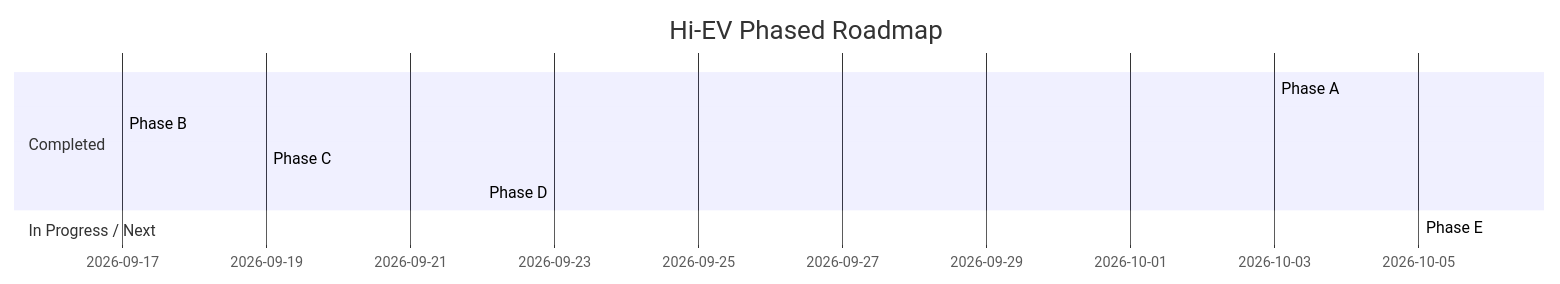
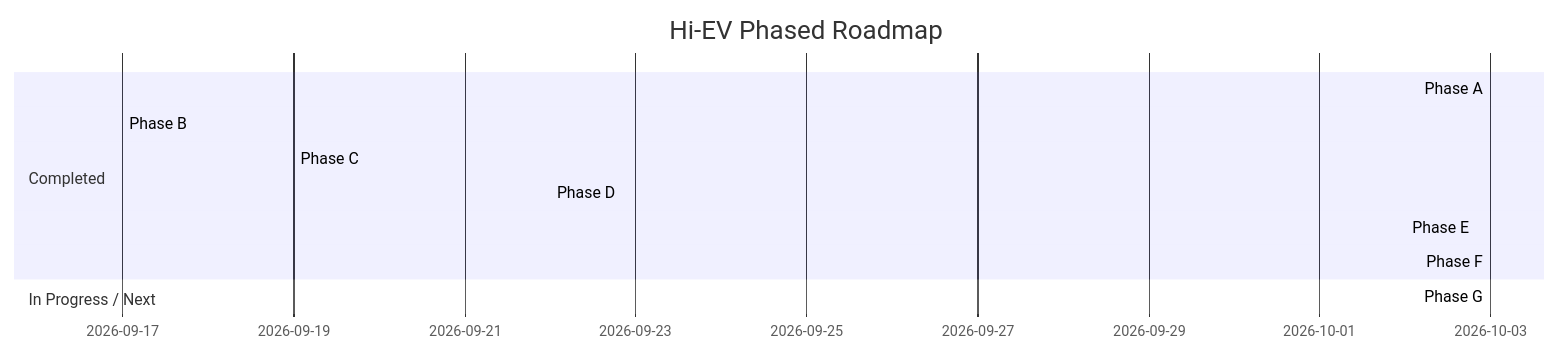
Before and after one commit to satyamdas03/Hi-EV: the ninth of 10 diagrams in docs/superpowers/architecture/hi-ev-end-to-end-architecture.md, drawn with Mermaid. The commit also changed other lines of this file and 37 other files, not shown here.

````diff
--- a/docs/superpowers/architecture/hi-ev-end-to-end-architecture.md
+++ b/docs/superpowers/architecture/hi-ev-end-to-end-architecture.md
@@ -390,12 +472,14 @@
 ```mermaid
 gantt
     title Hi-EV Phased Roadmap
     dateFormat 2026-09-01
     section Completed
     Phase A :done, a, 2026-09-01, 2026-09-17
     Phase B :done, b, 2026-09-17, 2026-09-19
     Phase C :done, c, 2026-09-19, 2026-09-22
-    Phase D :done, d, 2026-09-22, 2026-10-06
+    Phase D :done, d, 2026-09-22, 2026-10-02
+    Phase E :done, e, 2026-10-02, 2026-10-03
+    Phase F :done, f, 2026-10-03, 2026-10-03
     section In Progress / Next
-    Phase E :active, e, 2026-10-06, 2026-11-24
+    Phase G :active, g, 2026-10-03, 2026-11-24
 ```
````
